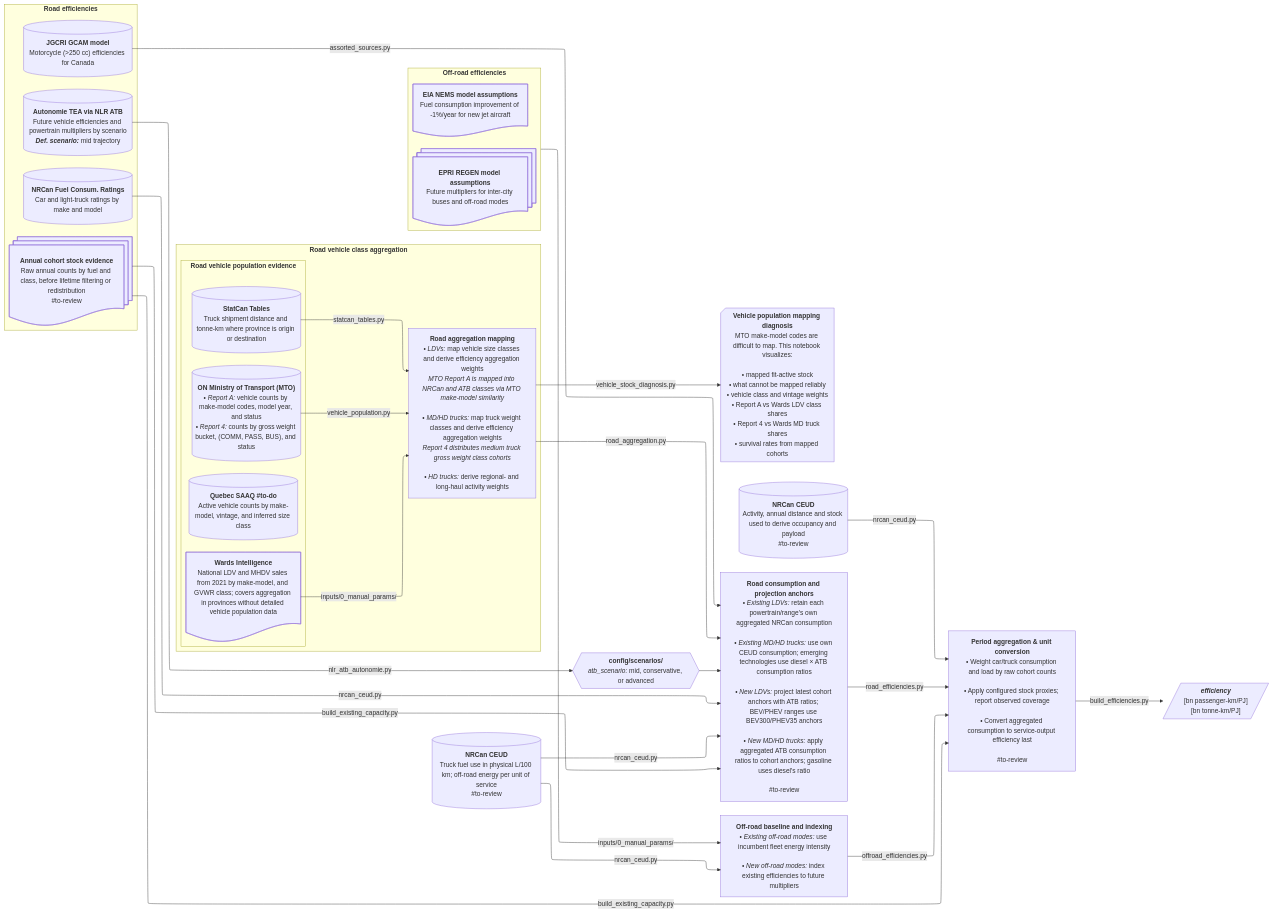
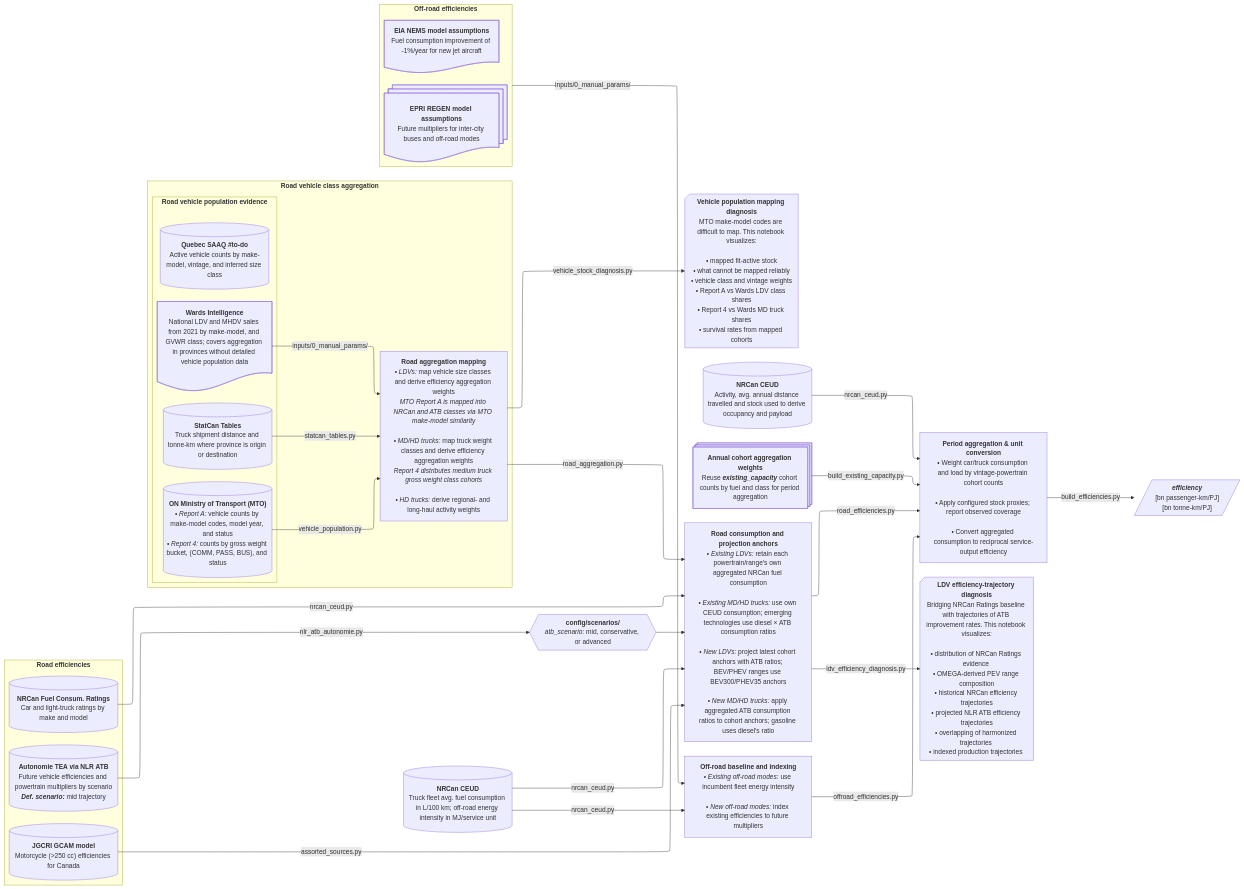
One commit to CANOE-main/canoe-transportation changed the sixth of 12 diagrams in docs/etl_flowcharts.md. Above: the diagram before and after it, drawn with Mermaid. The commit also changed other lines of this file and 5 other files, not shown here.

Commit message:
Update .gitignore and enhance documentation for clarity and accuracy; improve error handling in notebook evidence loading

```diff
--- a/docs/etl_flowcharts.md
+++ b/docs/etl_flowcharts.md
@@ -489,9 +486,6 @@
       ***Def. scenario:*** mid trajectory`")]
     s2_2[("`**JGCRI GCAM model**
       Motorcycle (>250 cc) efficiencies for Canada`")]
-    s11@{shape: docs, label: "**Annual cohort stock evidence**
-      Raw annual counts by fuel and class, before lifetime filtering or redistribution
-      #to-review"}
   end
   
   subgraph off["`**Off-road efficiencies**`"]
@@ -503,26 +497,37 @@
   end
   
   s0[("`**NRCan CEUD**
-    Truck fuel use in physical L/100 km; off-road energy per unit of service
-    #to-review`")]
+    Truck fleet avg. fuel consumption in L/100 km; off-road energy intensity in MJ/service unit`")]
   s9[("`**NRCan CEUD**
-    Activity, annual distance and stock used to derive occupancy and payload
-    #to-review`")]
+    Activity, avg. annual distance travelled and stock used to derive occupancy and payload`")]
+  s11@{shape: processes, label: "**Annual cohort aggregation weights**
+      Reuse ***existing_capacity*** cohort counts by fuel and class for period aggregation"}  
 
   %% ############ Processes ###########
   p2_2@{shape: hex, label: "**config/scenarios/**
     *atb_scenario:* mid, conservative, or advanced"}
   p2["`**Road consumption and projection anchors**
-    • *Existing LDVs:* retain each powertrain/range's own aggregated NRCan consumption<br>
+    • *Existing LDVs:* retain each powertrain/range's own aggregated NRCan fuel consumption<br>
     • *Existing MD/HD trucks:* use own CEUD consumption; emerging technologies use diesel × ATB consumption ratios<br>
     • *New LDVs:* project latest cohort anchors with ATB ratios; BEV/PHEV ranges use BEV300/PHEV35 anchors<br>
     • *New MD/HD trucks:* apply aggregated ATB consumption ratios to cohort anchors; gasoline uses diesel's ratio<br>
-    #to-review`"]
+  `"]
   p0 -- road_aggregation.py --> p2
   s1 -- nrcan_ceud.py --> p2
   s2 -- nlr_atb_autonomie.py --> p2_2 --> p2
   s2_2 -- assorted_sources.py --> p2
-  s11 -- build_existing_capacity.py --> p2 & p4
+  s11 -- build_existing_capacity.py --> p4
+
+  p2_3@{shape: notch-rect, label: "**LDV efficiency-trajectory diagnosis**
+      Bridging NRCan Ratings baseline with trajectories of ATB improvement rates. This notebook visualizes:<br>
+      • distribution of NRCan Ratings evidence 
+      • OMEGA-derived PEV range composition
+      • historical NRCan efficiency trajectories
+      • projected NLR ATB efficiency trajectories
+      • overlapping of harmonized trajectories 
+      • indexed production trajectories 
+      "}
+    p2 -- ldv_efficiency_diagnosis.py --> p2_3
   
   s0 -- nrcan_ceud.py --> p3 & p2
 
@@ -532,10 +537,10 @@
   off -- inputs/0_manual_params/ --> p3
     
   p4["`**Period aggregation & unit conversion**
-    • Weight car/truck consumption and load by raw cohort counts<br>
+    • Weight car/truck consumption and load by vintage-powertrain cohort counts<br>
     • Apply configured stock proxies; report observed coverage<br>
-    • Convert aggregated consumption to service-output efficiency last<br>
-    #to-review`"]
+    • Convert aggregated consumption to reciprocal service-output efficiency<br>
+  `"]
   s9 -- nrcan_ceud.py --> p4
   p2 -- road_efficiencies.py --> p4
   p3 -- offroad_efficiencies.py --> p4
```
